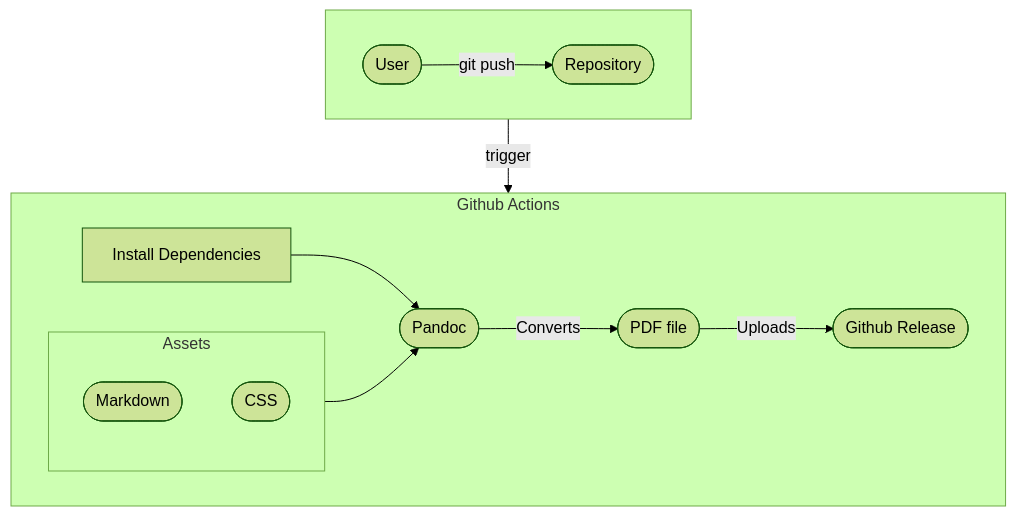
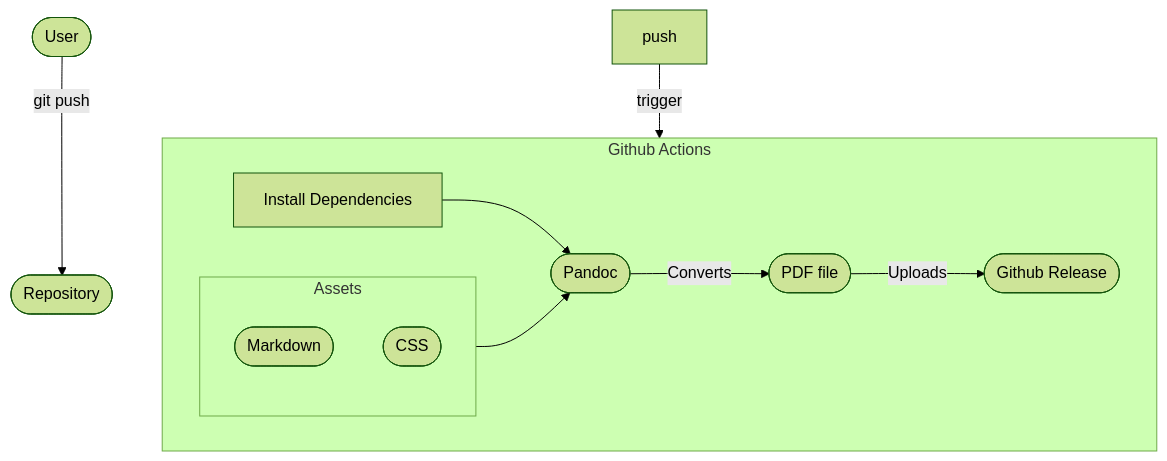
The diagram in content/blog/cicd-your-cv/index.md (ShaharNaveh/ShaharNaveh.github.io), drawn with Mermaid (forest theme) before and after one commit.

````diff
--- a/content/blog/cicd-your-cv/index.md
+++ b/content/blog/cicd-your-cv/index.md
@@ -17,29 +17,26 @@
 ```mermaid
 flowchart TD
   user([User])
   repository([Repository])
   action([Github Action])
   dependencies["Install Dependencies"]
   pandoc([Pandoc])
   markdown([Markdown])
   css([CSS])
   pdf([PDF file])
   release([Github Release])
-
-  subgraph push [" "]
-    user-- git push -->repository
-  end
- 
+  
   subgraph action [Github Actions]
     dependencies-->pandoc
     pandoc-- Converts -->pdf
     pdf-- Uploads -->release
 
     subgraph assets [Assets]
       markdown & css
     end
   end
 
+user-- git push -->repository
 push-- trigger -->action
 assets-->pandoc
 ```
````
